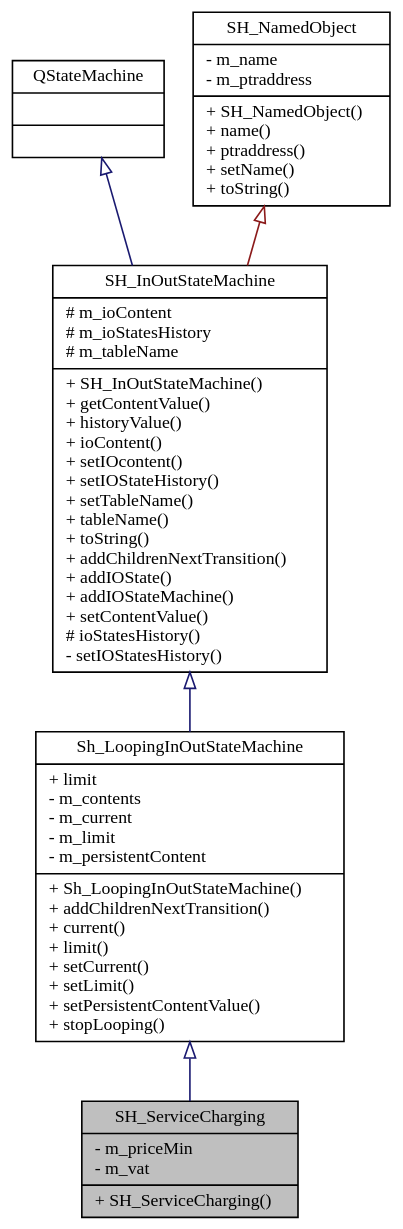
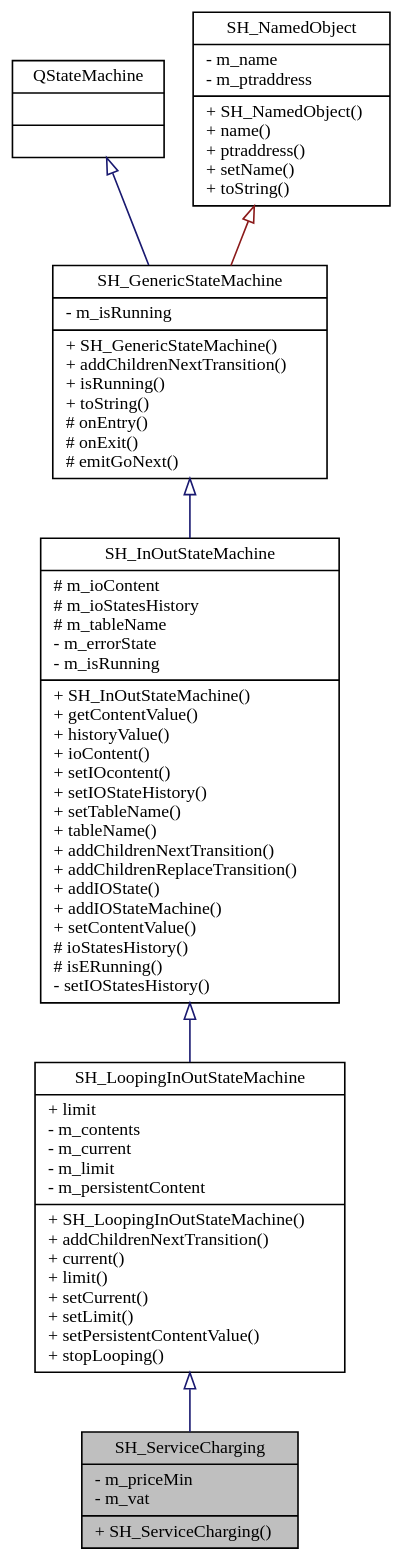
Before and after one commit to tiffmaelite/hotel-precheck: the diagram in PreCheck/doxygen-latex/classSH__ServiceCharging__inherit__graph.dot, drawn with Graphviz. The commit also changed 3610 other files, not shown here.

```diff
--- a/PreCheck/doxygen-latex/classSH__ServiceCharging__inherit__graph.dot
+++ b/PreCheck/doxygen-latex/classSH__ServiceCharging__inherit__graph.dot
@@ -1,16 +1,18 @@
 digraph "SH_ServiceCharging"
 {
  // INTERACTIVE_SVG=YES
   bgcolor="transparent";
   edge [fontname="Verdana",fontsize="11",labelfontname="Verdana",labelfontsize="11"];
   node [fontname="Verdana",fontsize="11",shape=record];
   Node1 [label="{SH_ServiceCharging\n|- m_priceMin\l- m_vat\l|+ SH_ServiceCharging()\l}",height=0.2,width=0.4,color="black", fillcolor="grey75", style="filled" fontcolor="black"];
   Node2 -> Node1 [dir="back",color="midnightblue",fontsize="11",style="solid",arrowtail="onormal"];
-  Node2 [label="{Sh_LoopingInOutStateMachine\n|+ limit\l- m_contents\l- m_current\l- m_limit\l- m_persistentContent\l|+ Sh_LoopingInOutStateMachine()\l+ addChildrenNextTransition()\l+ current()\l+ limit()\l+ setCurrent()\l+ setLimit()\l+ setPersistentContentValue()\l+ stopLooping()\l}",height=0.2,width=0.4,color="black",URL="$classSh__LoopingInOutStateMachine.html"];
+  Node2 [label="{SH_LoopingInOutStateMachine\n|+ limit\l- m_contents\l- m_current\l- m_limit\l- m_persistentContent\l|+ SH_LoopingInOutStateMachine()\l+ addChildrenNextTransition()\l+ current()\l+ limit()\l+ setCurrent()\l+ setLimit()\l+ setPersistentContentValue()\l+ stopLooping()\l}",height=0.2,width=0.4,color="black",URL="$classSH__LoopingInOutStateMachine.html"];
   Node3 -> Node2 [dir="back",color="midnightblue",fontsize="11",style="solid",arrowtail="onormal"];
-  Node3 [label="{SH_InOutStateMachine\n|# m_ioContent\l# m_ioStatesHistory\l# m_tableName\l|+ SH_InOutStateMachine()\l+ getContentValue()\l+ historyValue()\l+ ioContent()\l+ setIOcontent()\l+ setIOStateHistory()\l+ setTableName()\l+ tableName()\l+ toString()\l+ addChildrenNextTransition()\l+ addIOState()\l+ addIOStateMachine()\l+ setContentValue()\l# ioStatesHistory()\l- setIOStatesHistory()\l}",height=0.2,width=0.4,color="black",URL="$classSH__InOutStateMachine.html"];
+  Node3 [label="{SH_InOutStateMachine\n|# m_ioContent\l# m_ioStatesHistory\l# m_tableName\l- m_errorState\l- m_isRunning\l|+ SH_InOutStateMachine()\l+ getContentValue()\l+ historyValue()\l+ ioContent()\l+ setIOcontent()\l+ setIOStateHistory()\l+ setTableName()\l+ tableName()\l+ addChildrenNextTransition()\l+ addChildrenReplaceTransition()\l+ addIOState()\l+ addIOStateMachine()\l+ setContentValue()\l# ioStatesHistory()\l# isERunning()\l- setIOStatesHistory()\l}",height=0.2,width=0.4,color="black",URL="$classSH__InOutStateMachine.html"];
   Node4 -> Node3 [dir="back",color="midnightblue",fontsize="11",style="solid",arrowtail="onormal"];
-  Node4 [label="{QStateMachine\n||}",height=0.2,width=0.4,color="black",URL="$classQStateMachine.html"];
-  Node5 -> Node3 [dir="back",color="firebrick4",fontsize="11",style="solid",arrowtail="onormal"];
-  Node5 [label="{SH_NamedObject\n|- m_name\l- m_ptraddress\l|+ SH_NamedObject()\l+ name()\l+ ptraddress()\l+ setName()\l+ toString()\l}",height=0.2,width=0.4,color="black",URL="$classSH__NamedObject.html"];
+  Node4 [label="{SH_GenericStateMachine\n|- m_isRunning\l|+ SH_GenericStateMachine()\l+ addChildrenNextTransition()\l+ isRunning()\l+ toString()\l# onEntry()\l# onExit()\l# emitGoNext()\l}",height=0.2,width=0.4,color="black",URL="$classSH__GenericStateMachine.html"];
+  Node5 -> Node4 [dir="back",color="midnightblue",fontsize="11",style="solid",arrowtail="onormal"];
+  Node5 [label="{QStateMachine\n||}",height=0.2,width=0.4,color="black",URL="$classQStateMachine.html"];
+  Node6 -> Node4 [dir="back",color="firebrick4",fontsize="11",style="solid",arrowtail="onormal"];
+  Node6 [label="{SH_NamedObject\n|- m_name\l- m_ptraddress\l|+ SH_NamedObject()\l+ name()\l+ ptraddress()\l+ setName()\l+ toString()\l}",height=0.2,width=0.4,color="black",URL="$classSH__NamedObject.html"];
 }
```
